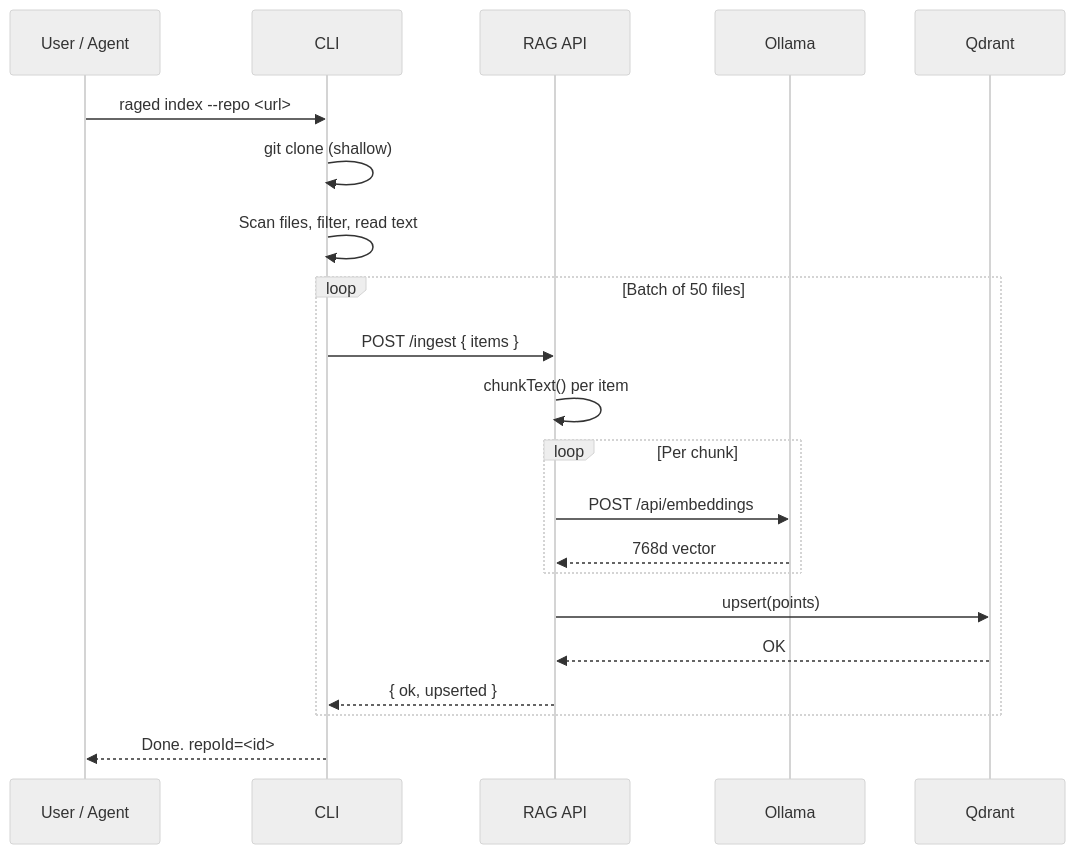
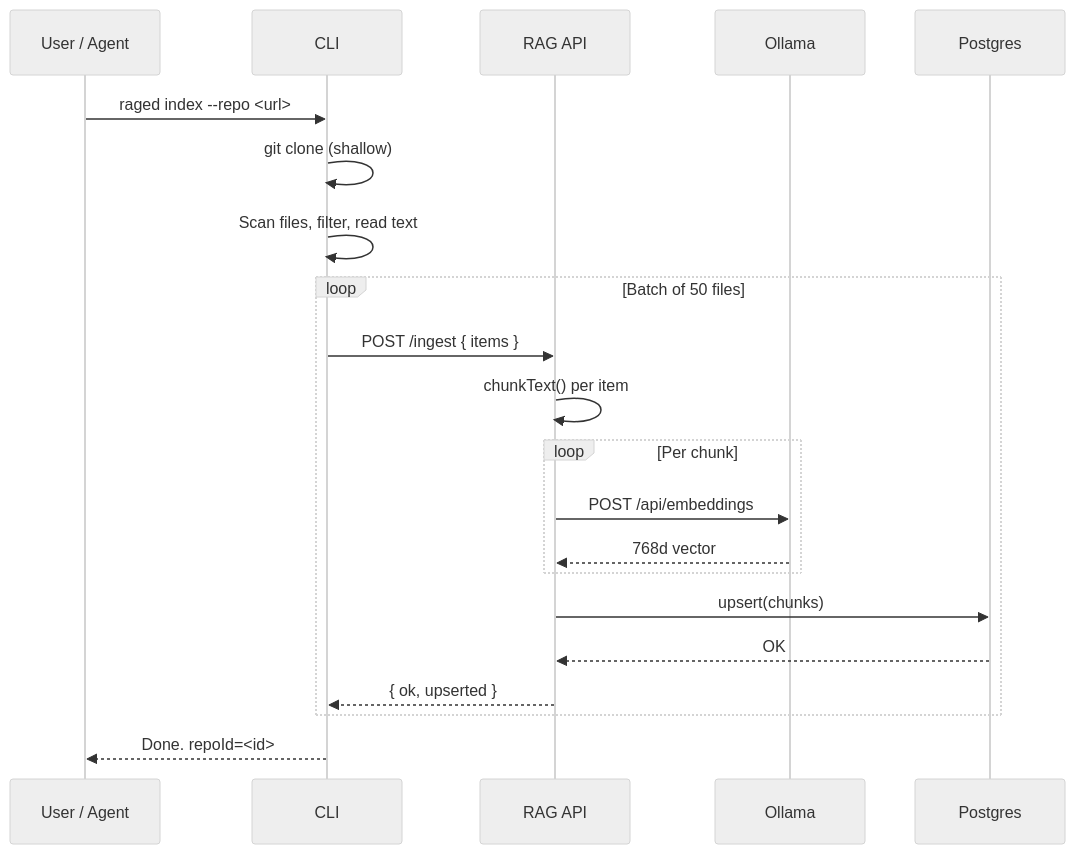
The fourth of 7 diagrams in docs/01-architecture.md (mfittko/rag-stack), drawn with Mermaid (neutral theme) before and after one commit. The commit also changed other lines of this file and 6 other files, not shown here.

First line of the commit message:
docs: replace Qdrant/Neo4j/Redis with Postgres+pgvector architecture

````diff
--- a/docs/01-architecture.md
+++ b/docs/01-architecture.md
@@ -197,24 +189,24 @@
 ```mermaid
 sequenceDiagram
     participant U as User / Agent
     participant C as CLI
     participant A as RAG API
     participant O as Ollama
-    participant Q as Qdrant
+    participant P as Postgres
 
     U->>C: raged index --repo <url>
     C->>C: git clone (shallow)
     C->>C: Scan files, filter, read text
     loop Batch of 50 files
         C->>A: POST /ingest { items }
         A->>A: chunkText() per item
         loop Per chunk
             A->>O: POST /api/embeddings
             O-->>A: 768d vector
         end
-        A->>Q: upsert(points)
-        Q-->>A: OK
+        A->>P: upsert(chunks)
+        P-->>A: OK
         A-->>C: { ok, upserted }
     end
     C-->>U: Done. repoId=<id>
 ```
````
